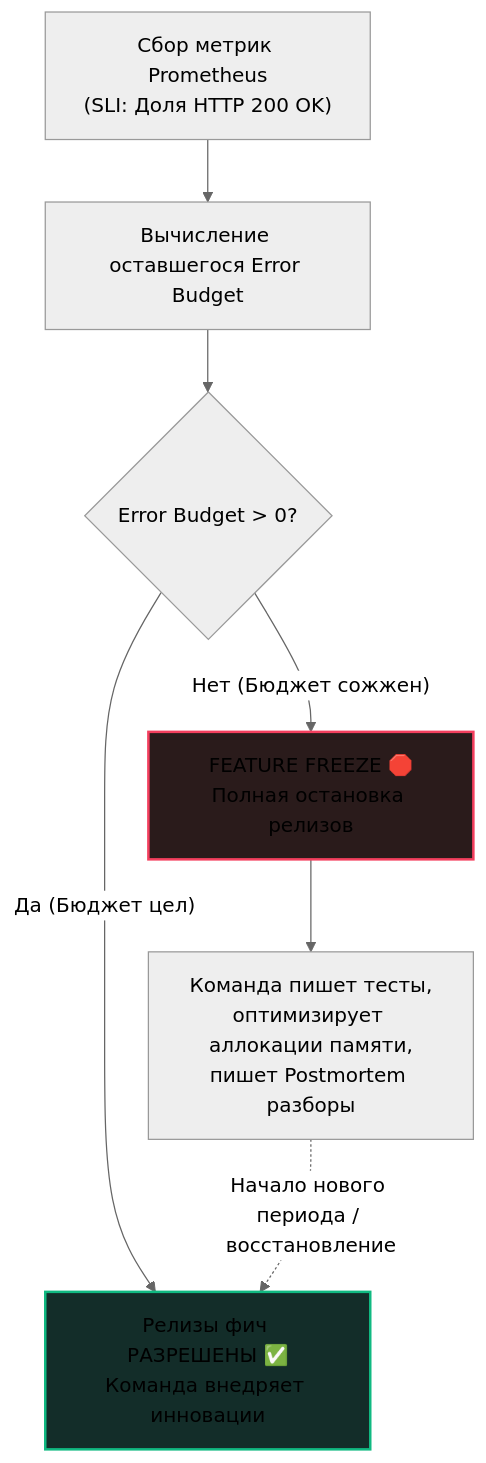
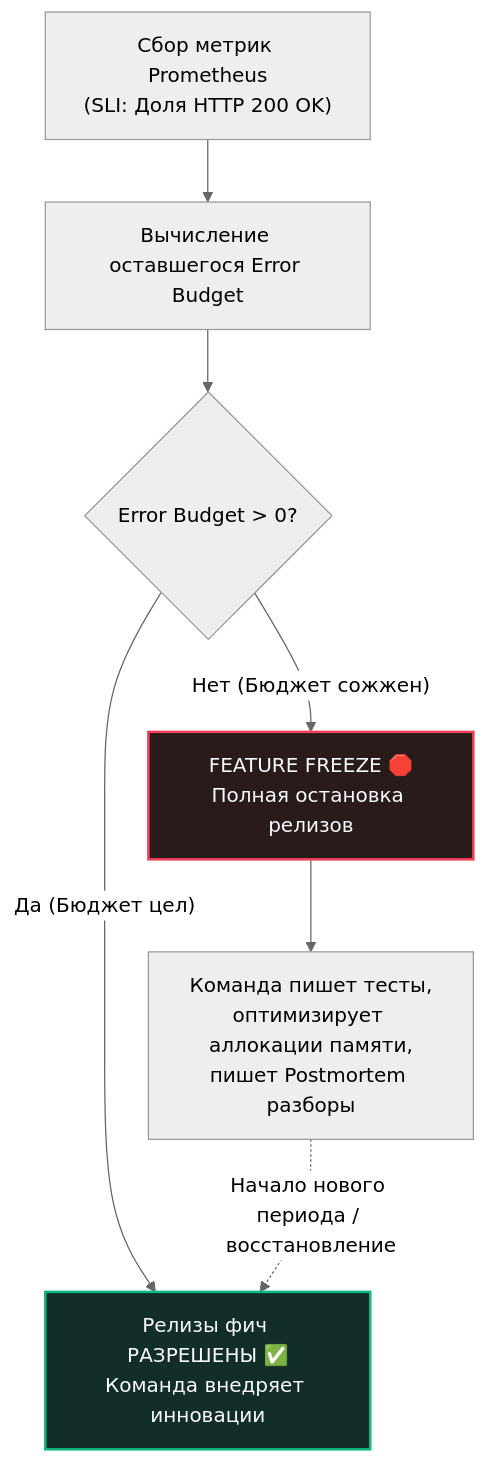
The diagram in sources/16. Профилирование, отладка и производительность/10. Highload/9. SLO и SLA.md (UnrealTemplier/go-textbook), drawn with Mermaid (neutral theme) before and after one commit. The commit also changed 310 other files, not shown here.

First line of the commit message:
fix(mermaid): replace light fill colors with dark palette for readability on dark theme

````diff
--- a/sources/16. Профилирование, отладка и производительность/10. Highload/9. SLO и SLA.md
+++ b/sources/16. Профилирование, отладка и производительность/10. Highload/9. SLO и SLA.md
@@ -100,14 +100,14 @@
 ```mermaid
 flowchart TD
     Metrics["Сбор метрик Prometheus<br>(SLI: Доля HTTP 200 OK)"] --> Calc["Вычисление оставшегося Error Budget"]
     Calc --> Decision{"Error Budget > 0?"}
     
     Decision -- "Да (Бюджет цел)" --> Features["Релизы фич РАЗРЕШЕНЫ ✅<br>Команда внедряет инновации"]
     Decision -- "Нет (Бюджет сожжен)" --> Freeze["FEATURE FREEZE 🛑<br>Полная остановка релизов"]
     
     Freeze --> Stabilization["Команда пишет тесты,<br>оптимизирует аллокации памяти,<br>пишет Postmortem разборы"]
     Stabilization -.->|"Начало нового периода / восстановление"| Features
     
-    style Features fill:#132d29,stroke:#10b981,stroke-width:2px
-    style Freeze fill:#2a1b1b,stroke:#f43f5e,stroke-width:2px
+    style Features fill:#132d29,stroke:#10b981,stroke-width:2px,color:#f8fafc
+    style Freeze fill:#2a1b1b,stroke:#f43f5e,stroke-width:2px,color:#f8fafc
 ```
````
